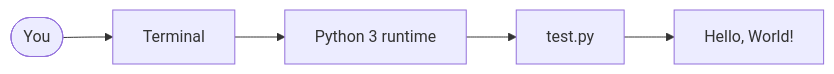
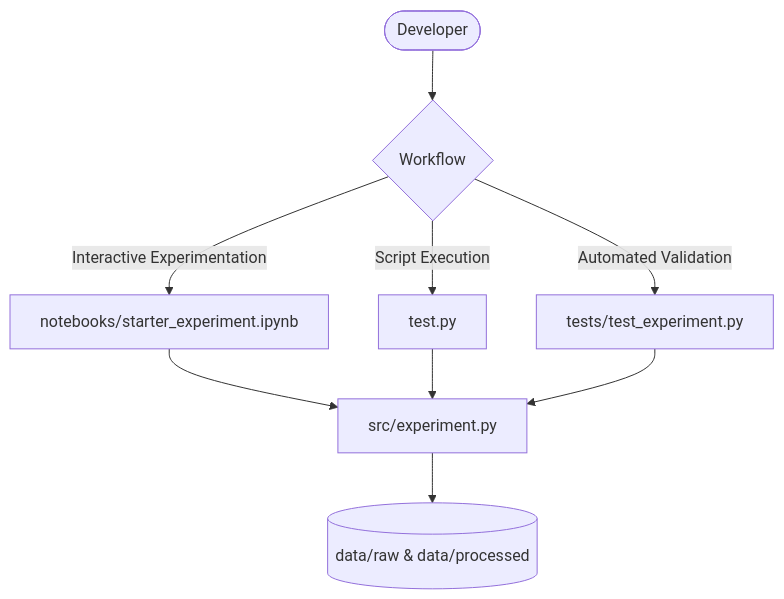
The diagram in README.md (bhabakjishnu/ai-lab), drawn with Mermaid before and after one commit. The commit also changed other lines of this file and 10 other files, not shown here.

Commit message:
refactor(project): organize structure and add starter experiment notebook

````diff
--- a/README.md
+++ b/README.md
@@ -19,7 +23,13 @@
 ```mermaid
-flowchart LR
-  User([You]) --> CLI[Terminal]
-  CLI --> Runtime[Python 3 runtime]
-  Runtime --> Script[test.py]
-  Script --> Output[Hello, World!]
+flowchart TD
+  User([Developer]) --> Workflow{Workflow}
+  Workflow -->|Interactive Experimentation| NB[notebooks/starter_experiment.ipynb]
+  Workflow -->|Script Execution| Script[test.py]
+  Workflow -->|Automated Validation| Tests[tests/test_experiment.py]
+  
+  NB --> Core[src/experiment.py]
+  Script --> Core
+  Tests --> Core
+  
+  Core --> Data[(data/raw & data/processed)]
 ```
````
